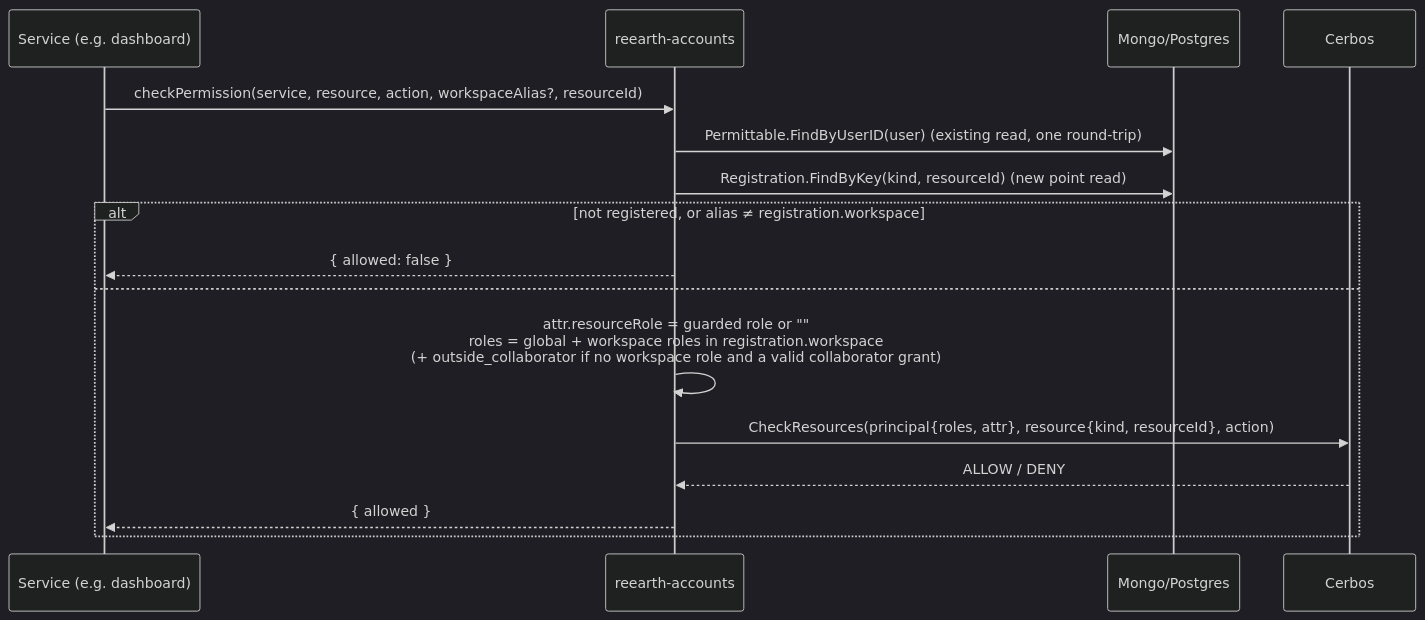
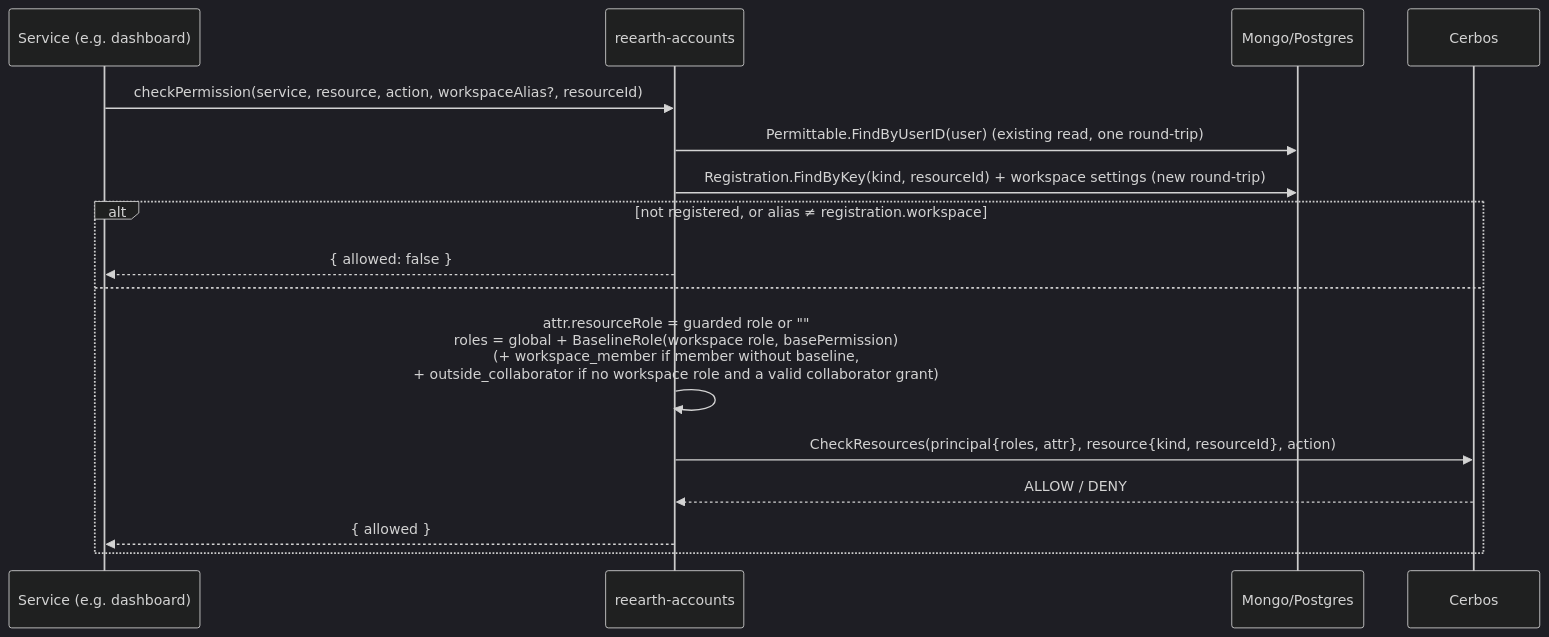
One commit to reearth/reearth-accounts changed the first of 4 diagrams in server/docs/usecase/resource-role-binding.ja.md. Above: the diagram before and after it, drawn with Mermaid (dark theme). The commit also changed other lines of this file and 1 other file, not shown here.

Commit message:
docs(server): add a GitHub-style workspace base permission

````diff
--- a/server/docs/usecase/resource-role-binding.ja.md
+++ b/server/docs/usecase/resource-role-binding.ja.md
@@ -628,19 +744,19 @@
 ```mermaid
 sequenceDiagram
     participant S as Service (e.g. dashboard)
     participant A as reearth-accounts
     participant DB as Mongo/Postgres
     participant C as Cerbos
 
     S->>A: checkPermission(service, resource, action, workspaceAlias?, resourceId)
     A->>DB: Permittable.FindByUserID(user)  (existing read, one round-trip)
-    A->>DB: Registration.FindByKey(kind, resourceId)  (new point read)
+    A->>DB: Registration.FindByKey(kind, resourceId) + workspace settings  (new round-trip)
     alt not registered, or alias ≠ registration.workspace
         A-->>S: { allowed: false }
     else
-        A->>A: attr.resourceRole = guarded role or ""<br/>roles = global + workspace roles in registration.workspace<br/>(+ outside_collaborator if no workspace role and a valid collaborator grant)
+        A->>A: attr.resourceRole = guarded role or ""<br/>roles = global + BaselineRole(workspace role, basePermission)<br/>(+ workspace_member if member without baseline,<br/>+ outside_collaborator if no workspace role and a valid collaborator grant)
         A->>C: CheckResources(principal{roles, attr}, resource{kind, resourceId}, action)
         C-->>A: ALLOW / DENY
         A-->>S: { allowed }
     end
 ```
````
